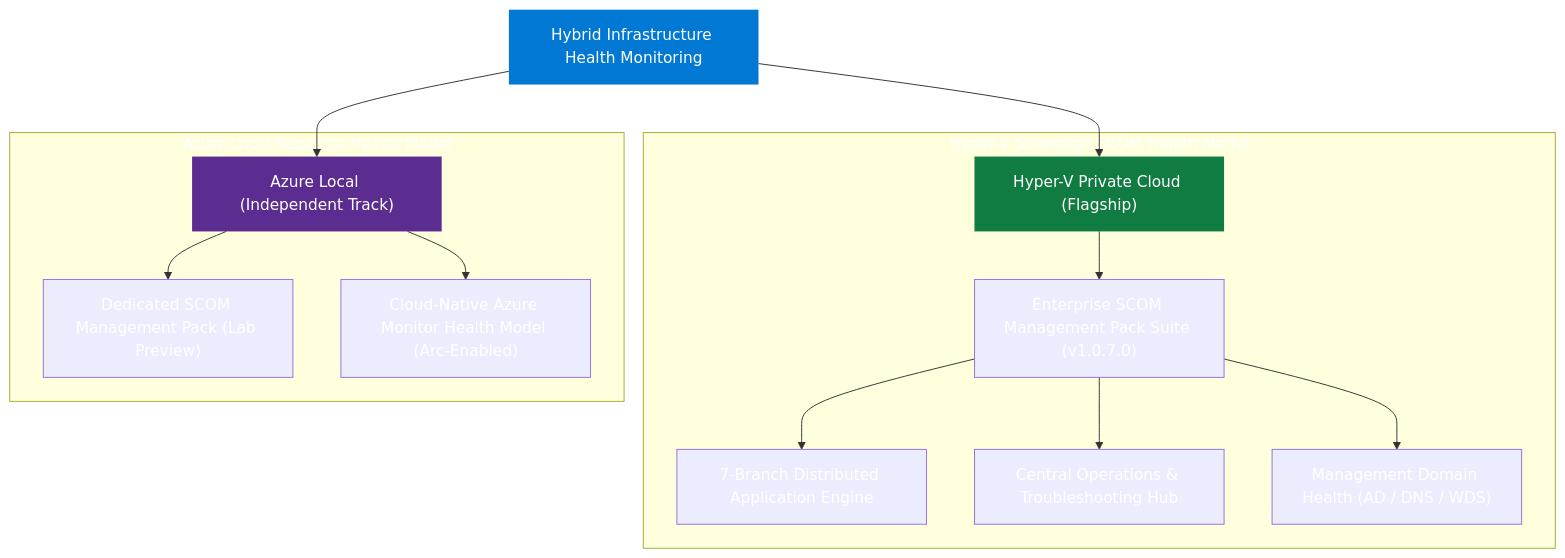
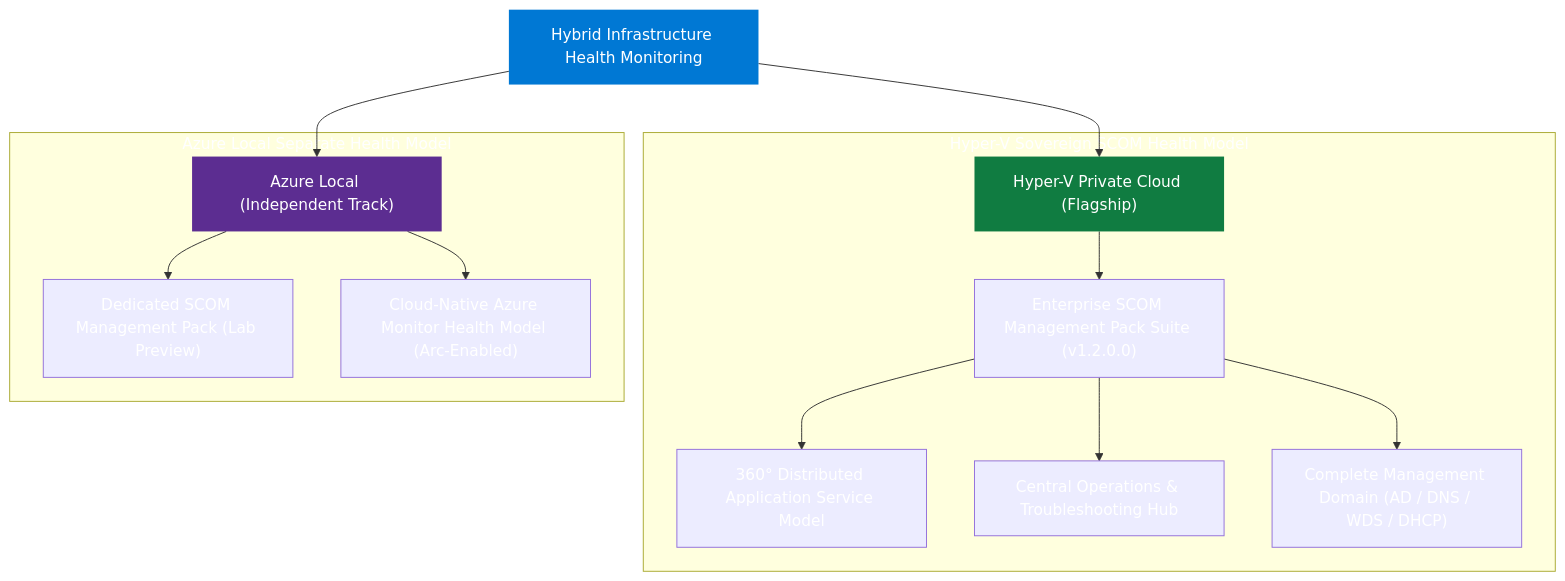
The diagram in docs/index.md (Hybrid-Solutions-Cloud/hybrid-health-monitoring), drawn with Mermaid before and after one commit. The commit also changed other lines of this file and 49 other files, not shown here.

````diff
--- a/docs/index.md
+++ b/docs/index.md
@@ -54,22 +54,22 @@
 ```mermaid
 graph TD
     Root["Hybrid Infrastructure Health Monitoring"]:::root
     Root --> HV["Hyper-V Private Cloud (Flagship)"]:::flagship
     Root --> AzL["Azure Local (Independent Track)"]:::independent
 
     subgraph HVTrack["Hyper-V Sovereign SCOM Health Model"]
-        HV --> HVS["Enterprise SCOM Management Pack Suite (v1.0.7.0)"]
-        HVS --> HVDA["7-Branch Distributed Application Engine"]
+        HV --> HVS["Enterprise SCOM Management Pack Suite (v1.2.0.0)"]
+        HVS --> HVDA["360° Distributed Application Service Model"]
         HVS --> HVOps["Central Operations & Troubleshooting Hub"]
-        HVS --> HVMgmt["Management Domain Health (AD / DNS / WDS)"]
+        HVS --> HVMgmt["Complete Management Domain (AD / DNS / WDS / DHCP)"]
     end
 
     subgraph AzLTrack["Azure Local Separate Health Model"]
         AzL --> AzLS["Dedicated SCOM Management Pack (Lab Preview)"]
         AzL --> AzLA["Cloud-Native Azure Monitor Health Model (Arc-Enabled)"]
     end
 
     classDef root fill:#0078D4,color:#fff,stroke:none
     classDef flagship fill:#107c41,color:#fff,stroke:none
     classDef independent fill:#5c2d91,color:#fff,stroke:none
 ```
````
